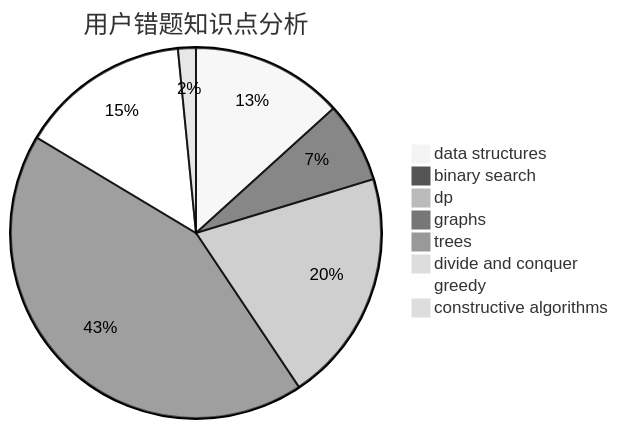
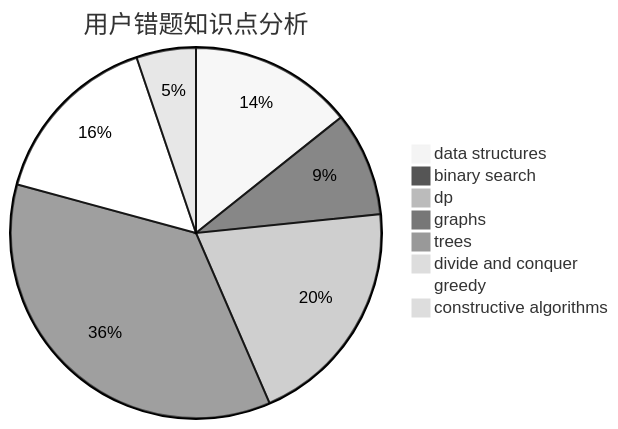
The third of 3 diagrams in docs/user/u1198.md (sherpahu/cfrs.github.io), drawn with Mermaid (neutral theme) before and after one commit. The commit also changed other lines of this file and 2770 other files, not shown here.

````diff
--- a/docs/user/u1198.md
+++ b/docs/user/u1198.md
@@ -36,11 +36,11 @@
 ```mermaid
 pie title 用户错题知识点分析
-    "data structures" :  17
-    "binary search" :  9
-    "dp" :  26
+    "data structures" :  22
+    "binary search" :  14
+    "dp" :  31
     "graphs" :  55
     "trees" :  0
     "divide and conquer" :  0
-    "greedy" :  19
-    "constructive algorithms" :  2
+    "greedy" :  24
+    "constructive algorithms" :  8
 ```
````
